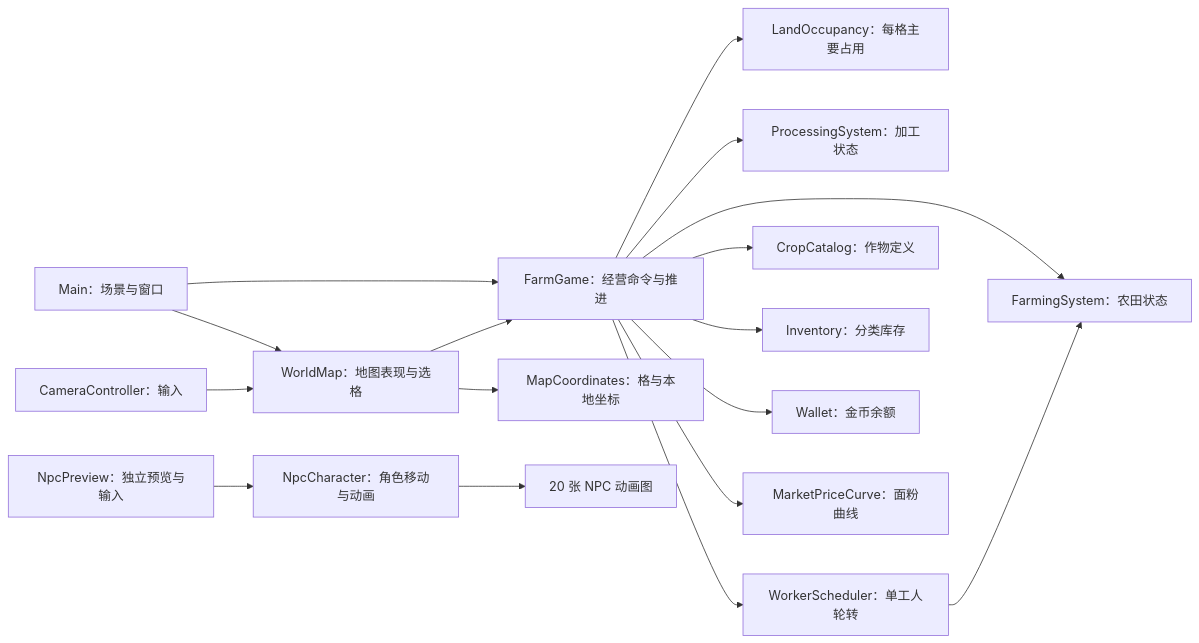
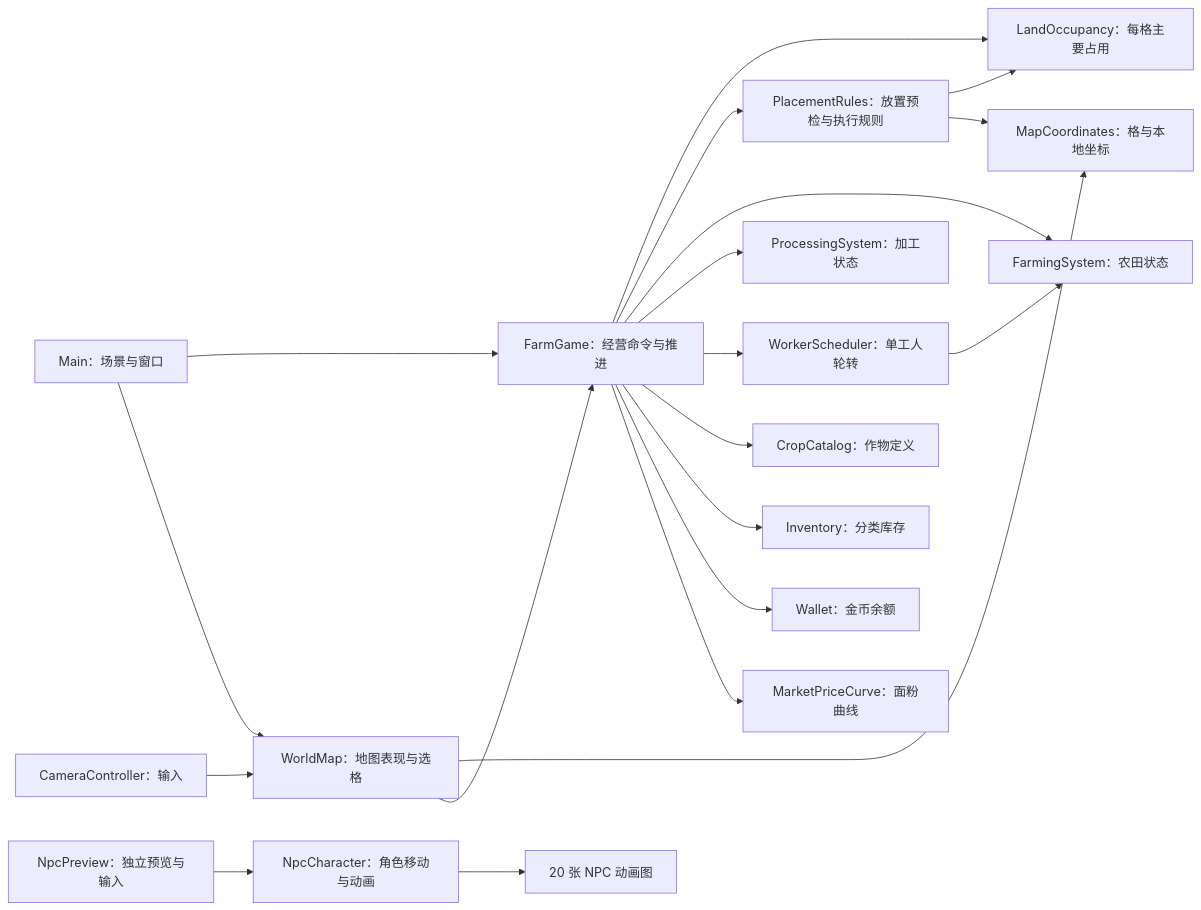
Before and after one commit to Fotally/Farm-Exchange: the diagram in docs/architecture/implementation-system-organization.md, drawn with Mermaid. The commit also changed other lines of this file and 15 other files, not shown here.

Commit message:
feat: unify land placement checks

````diff
--- a/docs/architecture/implementation-system-organization.md
+++ b/docs/architecture/implementation-system-organization.md
@@ -5,19 +5,22 @@
 ```mermaid
 flowchart LR
     Main[Main：场景与窗口] --> FarmGame[FarmGame：经营命令与推进]
     Main --> WorldMap[WorldMap：地图表现与选格]
     Camera[CameraController：输入] --> WorldMap
     WorldMap --> MapCoordinates[MapCoordinates：格与本地坐标]
     WorldMap --> FarmGame
     FarmGame --> LandOccupancy[LandOccupancy：每格主要占用]
+    FarmGame --> PlacementRules[PlacementRules：放置预检与执行规则]
+    PlacementRules --> LandOccupancy
+    PlacementRules --> MapCoordinates
     FarmGame --> FarmingSystem[FarmingSystem：农田状态]
     FarmGame --> ProcessingSystem[ProcessingSystem：加工状态]
     FarmGame --> WorkerScheduler[WorkerScheduler：单工人轮转]
     WorkerScheduler --> FarmingSystem
     FarmGame --> CropCatalog[CropCatalog：作物定义]
     FarmGame --> Inventory[Inventory：分类库存]
     FarmGame --> Wallet[Wallet：金币余额]
     FarmGame --> Market[MarketPriceCurve：面粉曲线]
     NpcPreview[NpcPreview：独立预览与输入] --> NpcCharacter[NpcCharacter：角色移动与动画]
     NpcCharacter --> NpcSheets[20 张 NPC 动画图]
 ```
````
